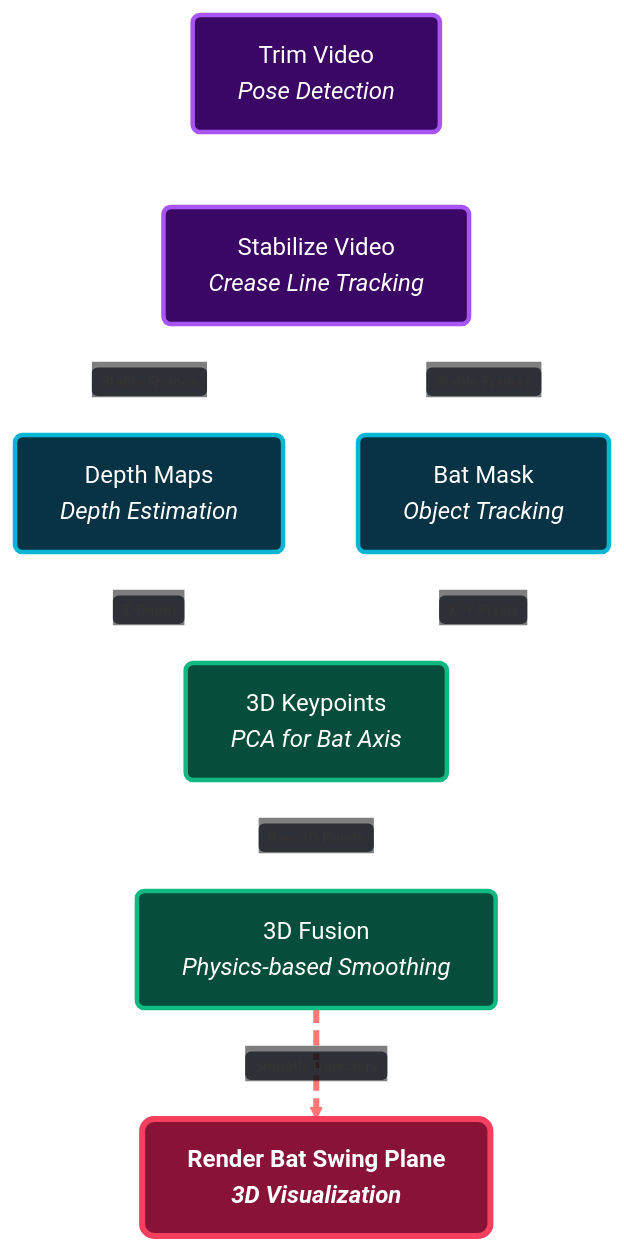
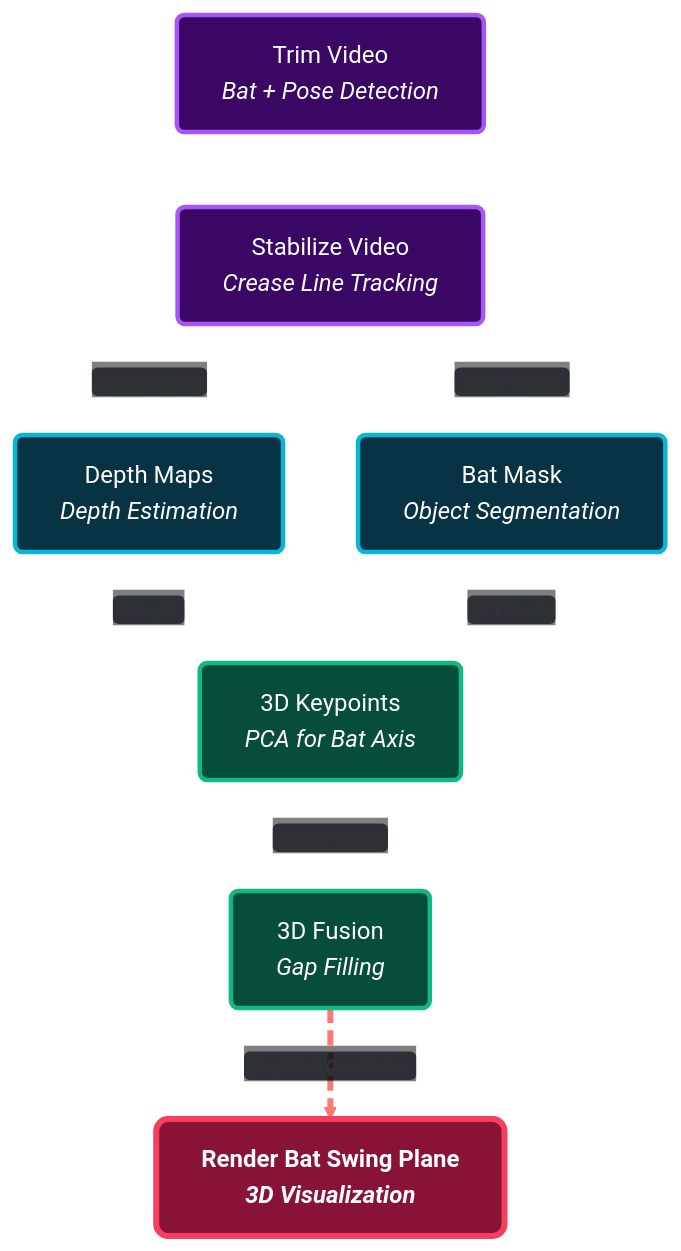
One commit to adnanmsk/blog_privew changed the first of 9 diagrams in pipeline_diagrams.md. Above: the diagram before and after it, drawn with Mermaid. The commit also changed other lines of this file, not shown here.

Commit message:
Update terminology in pipeline diagrams to match Option 13

````diff
--- a/pipeline_diagrams.md
+++ b/pipeline_diagrams.md
@@ -13,25 +13,25 @@
 ```mermaid
 %%{init: {'theme': 'base', 'themeVariables': { 'edgeLabelBackground':'transparent' }}}%%
 graph TD
     %% Custom Premium Styles
     classDef prep fill:#3b0764,stroke:#a855f7,color:#fff,stroke-width:3px,rx:5px,ry:5px;
     classDef infer fill:#083344,stroke:#06b6d4,color:#fff,stroke-width:3px,rx:5px,ry:5px;
     classDef phys fill:#064e3b,stroke:#10b981,color:#fff,stroke-width:3px,rx:5px,ry:5px;
     classDef out fill:#881337,stroke:#f43f5e,color:#fff,stroke-width:4px,rx:8px,ry:8px,font-weight:bold;
 
-    T["Trim Video<br><i>Pose Detection</i>"]:::prep --> S["Stabilize Video<br><i>Crease Line Tracking</i>"]:::prep
+    T["Trim Video<br><i>Bat + Pose Detection</i>"]:::prep --> S["Stabilize Video<br><i>Crease Line Tracking</i>"]:::prep
     
     S -- "<span style='background:rgba(11,15,25,0.7); border:1px solid #a855f7; color:#a855f7; padding:2px 6px; border-radius:4px; font-size:10px; font-weight:bold; display:inline-block;'>Stable Frames</span>" --> D["Depth Maps<br><i>Depth Estimation</i>"]:::infer
-    S -- "<span style='background:rgba(11,15,25,0.7); border:1px solid #a855f7; color:#a855f7; padding:2px 6px; border-radius:4px; font-size:10px; font-weight:bold; display:inline-block;'>Stable Frames</span>" --> Seg["Bat Mask<br><i>Object Tracking</i>"]:::infer
+    S -- "<span style='background:rgba(11,15,25,0.7); border:1px solid #a855f7; color:#a855f7; padding:2px 6px; border-radius:4px; font-size:10px; font-weight:bold; display:inline-block;'>Stable Frames</span>" --> Seg["Bat Mask<br><i>Object Segmentation</i>"]:::infer
     
     D -- "<span style='background:rgba(11,15,25,0.7); border:1px solid #06b6d4; color:#06b6d4; padding:2px 6px; border-radius:4px; font-size:10px; font-weight:bold; display:inline-block;'>Z-Depth</span>" --> K["3D Keypoints<br><i>PCA for Bat Axis</i>"]:::phys
     Seg -- "<span style='background:rgba(11,15,25,0.7); border:1px solid #06b6d4; color:#06b6d4; padding:2px 6px; border-radius:4px; font-size:10px; font-weight:bold; display:inline-block;'>X, Y Pixels</span>" --> K
     
-    K -- "<span style='background:rgba(11,15,25,0.7); border:1px solid #10b981; color:#10b981; padding:2px 6px; border-radius:4px; font-size:10px; font-weight:bold; display:inline-block;'>Raw 3D Points</span>" --> F["3D Fusion<br><i>Physics-based Smoothing</i>"]:::phys
+    K -- "<span style='background:rgba(11,15,25,0.7); border:1px solid #10b981; color:#10b981; padding:2px 6px; border-radius:4px; font-size:10px; font-weight:bold; display:inline-block;'>Raw 3D Points</span>" --> F["3D Fusion<br><i>Gap Filling</i>"]:::phys
     
-    F -- "<span style='background:rgba(11,15,25,0.7); border:1px solid #f43f5e; color:#f43f5e; padding:2px 6px; border-radius:4px; font-size:10px; font-weight:bold; display:inline-block;'>Smooth Trajectory</span>" --> R["Render Bat Swing Plane<br><i>3D Visualization</i>"]:::out
+    F -- "<span style='background:rgba(11,15,25,0.7); border:1px solid #f43f5e; color:#f43f5e; padding:2px 6px; border-radius:4px; font-size:10px; font-weight:bold; display:inline-block;'>Gap-Filled Coordinates</span>" --> R["Render Bat Swing Plane<br><i>3D Visualization</i>"]:::out
 
     %% Animation like Option 3
     linkStyle 0,1,2,3,4,5 stroke:#fff,stroke-width:2px,stroke-dasharray: 8 4;
     linkStyle 6 stroke:#ff7675,stroke-width:4px,stroke-dasharray: 10 5;
 ```
````
